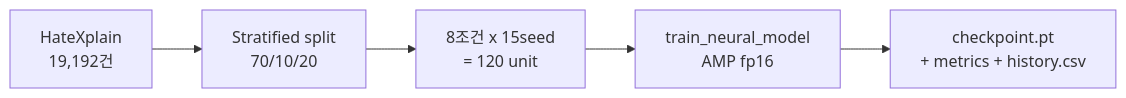
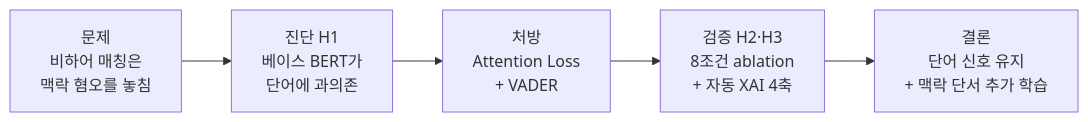
The first of 11 diagrams in v2/docs/24_architecture.md (WinterFlw/Big_data_Programming), drawn with Mermaid before and after one commit. The commit also changed other lines of this file, not shown here.

````diff
--- a/v2/docs/24_architecture.md
+++ b/v2/docs/24_architecture.md
@@ -47,4 +17,7 @@
 ```mermaid
 flowchart LR
-    raw[HateXplain<br/>19,192건] --> split[Stratified split<br/>70/10/20] --> cond[8조건 x 15seed<br/>= 120 unit] --> train[train_neural_model<br/>AMP fp16] --> out[checkpoint.pt<br/>+ metrics + history.csv]
+    problem[문제<br/>비하어 매칭은<br/>맥락 혐오를 놓침] --> diagnose[진단 H1<br/>베이스 BERT가<br/>단어에 과의존]
+    diagnose --> treat[처방<br/>Attention Loss<br/>+ VADER]
+    treat --> verify[검증 H2·H3<br/>8조건 ablation<br/>+ 자동 XAI 4축]
+    verify --> conclude[결론<br/>단어 신호 유지<br/>+ 맥락 단서 추가 학습]
 ```
````
